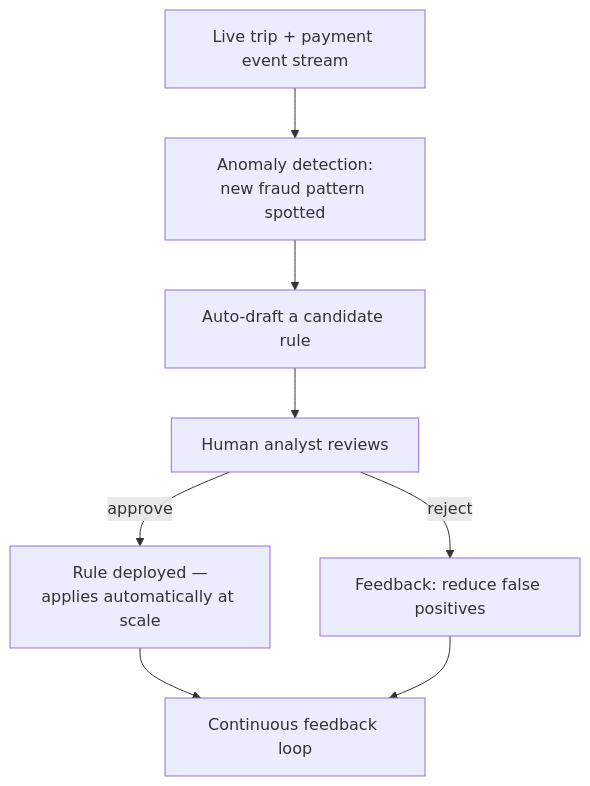
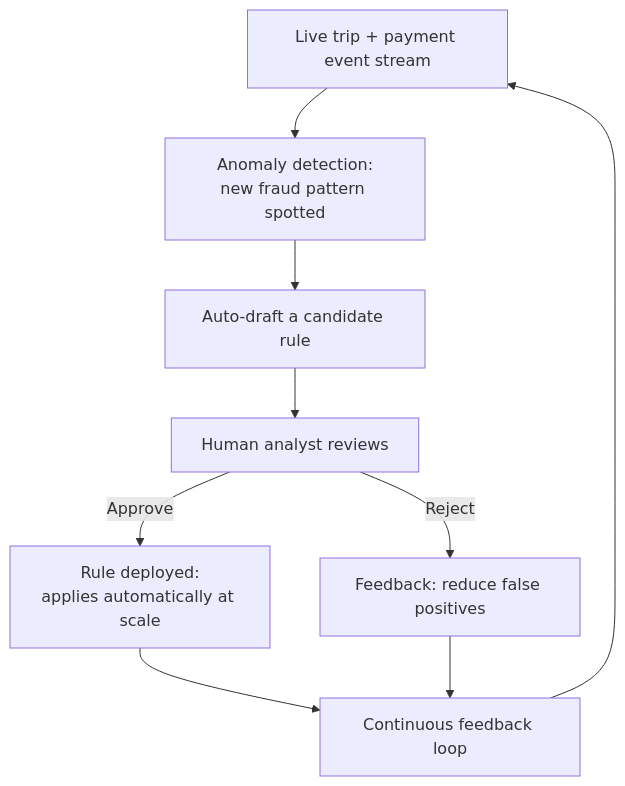
Before and after one commit to riyaz-pasha/Learnings: diagram 13 of 16 in system-design/HLD/0-course/30-Design Uber-FAANG-Guide-story.md, drawn with Mermaid. The commit also changed other lines of this file and 1 other file, not shown here.

First line of the commit message:
[REWRITE] Design Uber guides: simplify prose, add structure, fix dark-theme diagrams

````diff
--- a/system-design/HLD/0-course/30-Design Uber-FAANG-Guide-story.md
+++ b/system-design/HLD/0-course/30-Design Uber-FAANG-Guide-story.md
@@ -340,10 +769,11 @@
 ```mermaid
 flowchart TD
-    A["Live trip + payment event stream"] --> B["Anomaly detection:\nnew fraud pattern spotted"]
+    A["Live trip + payment event stream"] --> B["Anomaly detection:<br/>new fraud pattern spotted"]
     B --> C["Auto-draft a candidate rule"]
     C --> D["Human analyst reviews"]
-    D -->|approve| E["Rule deployed —\napplies automatically at scale"]
-    D -->|reject| F["Feedback: reduce false positives"]
+    D -->|Approve| E["Rule deployed:<br/>applies automatically at scale"]
+    D -->|Reject| F["Feedback: reduce false positives"]
     E --> G["Continuous feedback loop"]
     F --> G
+    G --> A
 ```
````
